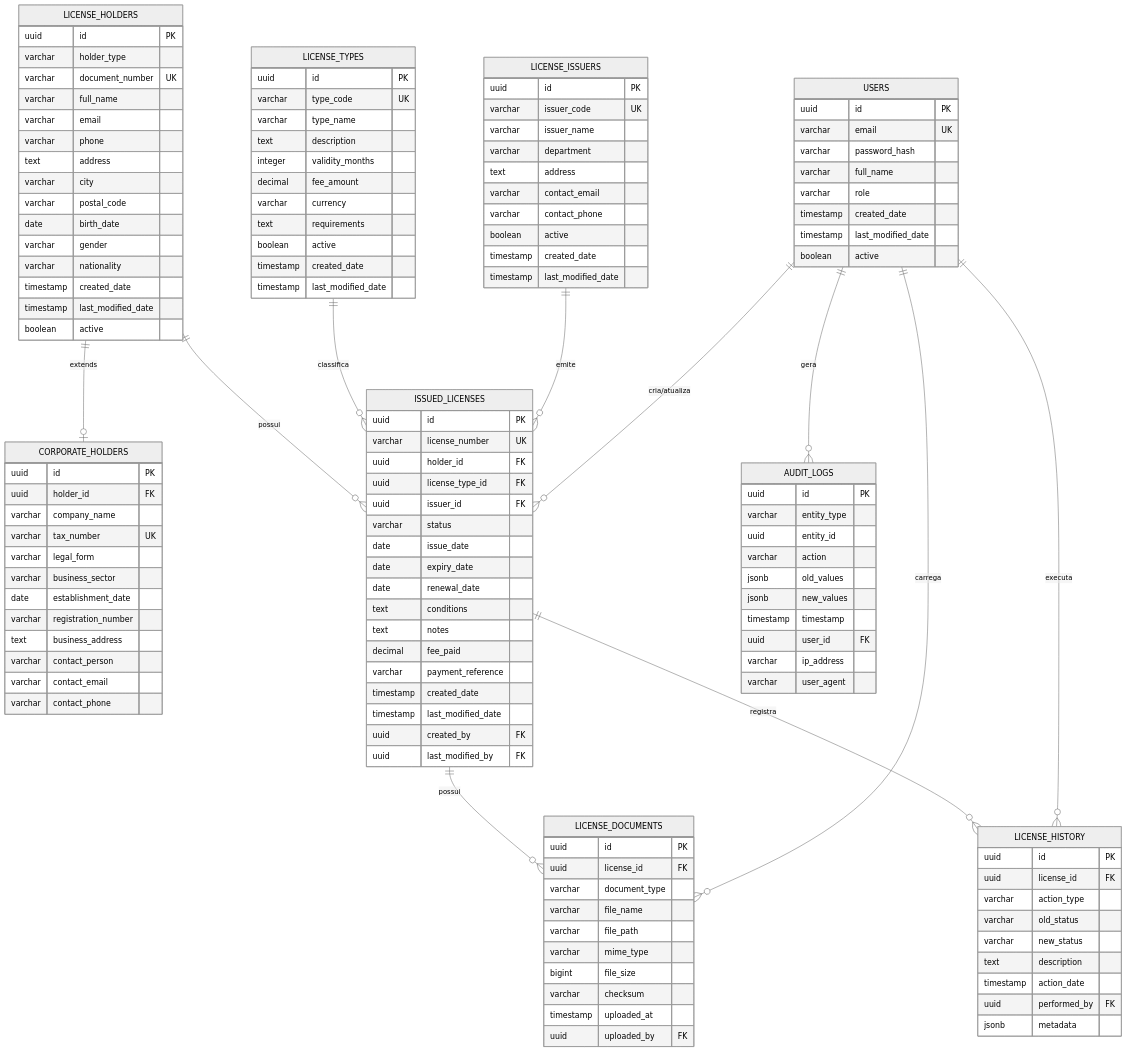
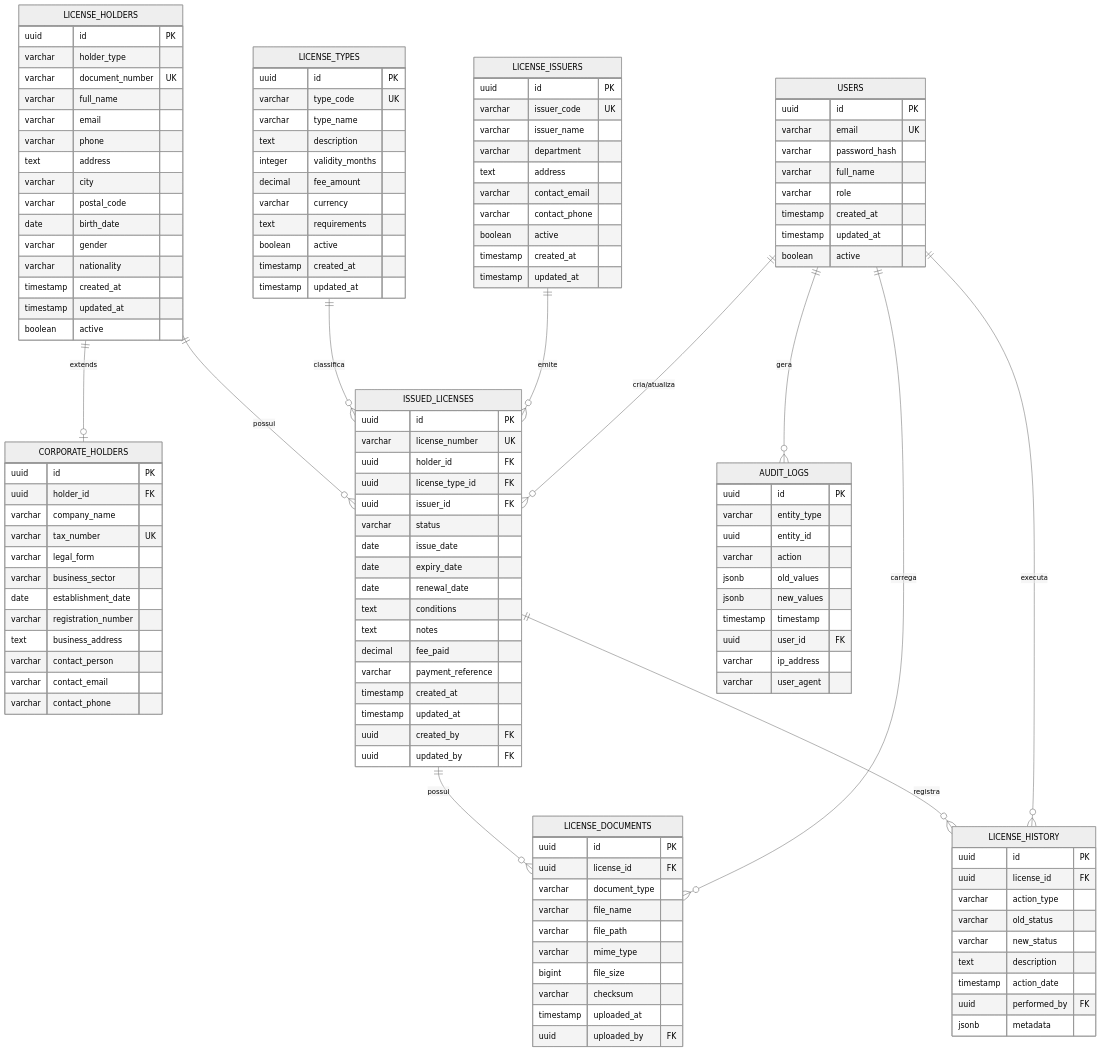
One commit to TA-Digital-CV/licenciamento-backend changed the fourth of 10 diagrams in .trae/documents/TECH-LIC-Arquitetura-Gestao-Licencas-Emitidas.md. Above: the diagram before and after it, drawn with Mermaid (neutral theme). The commit also changed other lines of this file and 16 other files, not shown here.

First line of the commit message:
Revert "refactor(database): standardize timestamp column names to created_date and last_modified_date"

```diff
--- a/.trae/documents/TECH-LIC-Arquitetura-Gestao-Licencas-Emitidas.md
+++ b/.trae/documents/TECH-LIC-Arquitetura-Gestao-Licencas-Emitidas.md
@@ -4082,8 +4137,8 @@
         varchar password_hash
         varchar full_name
         varchar role
-        timestamp created_date
-        timestamp last_modified_date
+        timestamp created_at
+        timestamp updated_at
         boolean active
     }
 
@@ -4100,8 +4155,8 @@
         date birth_date
         varchar gender
         varchar nationality
-        timestamp created_date
-        timestamp last_modified_date
+        timestamp created_at
+        timestamp updated_at
         boolean active
     }
 
@@ -4129,8 +4184,8 @@
         varchar contact_email
         varchar contact_phone
         boolean active
-        timestamp created_date
-        timestamp last_modified_date
+        timestamp created_at
+        timestamp updated_at
     }
 
     LICENSE_TYPES {
@@ -4143,8 +4198,8 @@
         varchar currency
         text requirements
         boolean active
-        timestamp created_date
-        timestamp last_modified_date
+        timestamp created_at
+        timestamp updated_at
     }
 
     ISSUED_LICENSES {
@@ -4161,10 +4216,10 @@
         text notes
         decimal fee_paid
         varchar payment_reference
-        timestamp created_date
-        timestamp last_modified_date
+        timestamp created_at
+        timestamp updated_at
         uuid created_by FK
-        uuid last_modified_by FK
+        uuid updated_by FK
     }
 
     LICENSE_DOCUMENTS {
```
